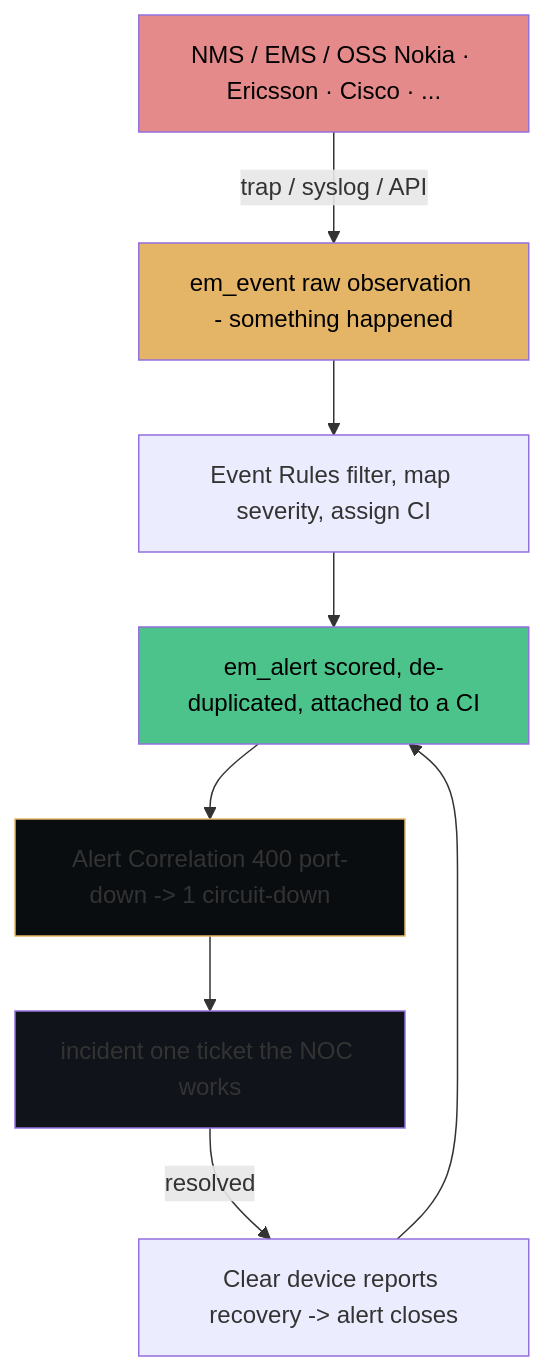
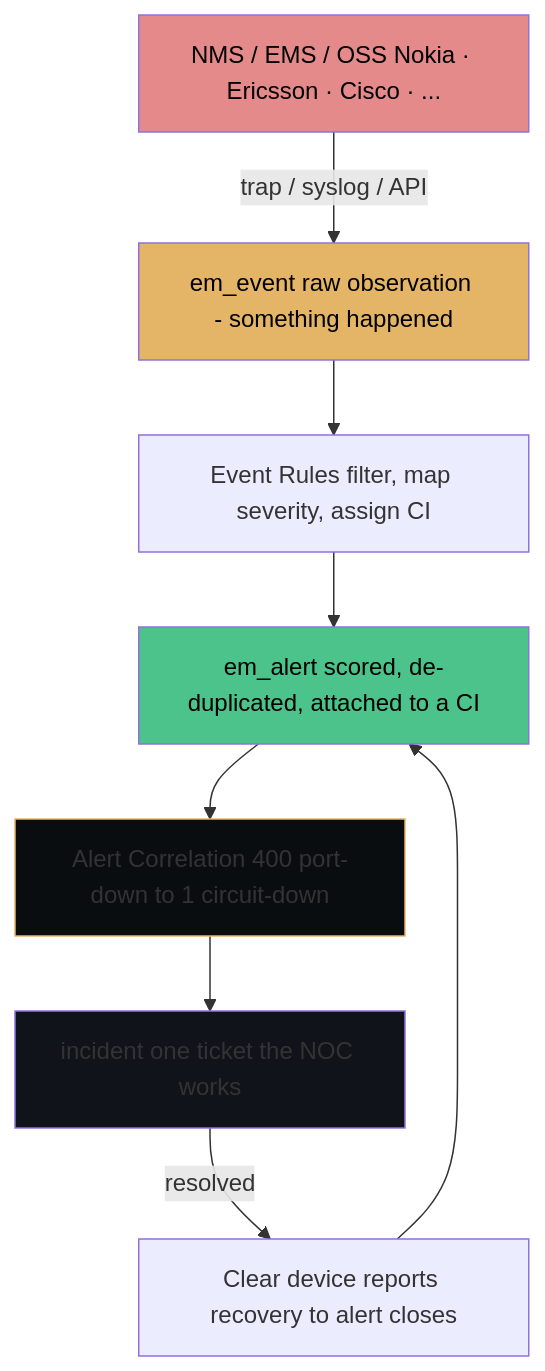
The first of 6 diagrams in docs/modules/tsom/tsom-guide.md (eltonaguiar/ServiceNow_Learning_TSOM-_CSM_FSM_SalesCRM_HAM_ITSM), drawn with Mermaid before and after one commit. The commit also changed other lines of this file and 18 other files, not shown here.

First line of the commit message:
Fix all Mermaid diagram syntax errors across the site

````diff
--- a/docs/modules/tsom/tsom-guide.md
+++ b/docs/modules/tsom/tsom-guide.md
@@ -651,25 +651,25 @@
 ```mermaid
 flowchart TD
-    NMS["NMS / EMS / OSS Nokia · Ericsson · Cisco · ..."]
-    Event["em_event raw observation - something happened"]
-    Rules["Event Rules filter, map severity, assign CI"]
-    Alert["em_alert scored, de-duplicated, attached to a CI"]
-    Corr["Alert Correlation 400 port-down -> 1 circuit-down"]
-    Incident["incident one ticket the NOC works"]
-    Clear["Clear device reports recovery -> alert closes"]
+    NMS[NMS / EMS / OSS Nokia · Ericsson · Cisco · ...]
+    Event[em_event raw observation - something happened]
+    Rules[Event Rules filter, map severity, assign CI]
+    Alert[em_alert scored, de-duplicated, attached to a CI]
+    Corr[Alert Correlation 400 port-down to 1 circuit-down]
+    Incident[incident one ticket the NOC works]
+    Clear[Clear device reports recovery to alert closes]
 
     NMS -->|trap / syslog / API| Event
     Event --> Rules
     Rules --> Alert
     Alert --> Corr
     Corr --> Incident
     Incident -->|resolved| Clear
     Clear --> Alert
 
     style NMS fill:#e58a8a,color:#000
     style Event fill:#e5b567,color:#000
     style Alert fill:#4cc38a,color:#000
     style Corr fill:#0a0d10,stroke:#e5b567
     style Incident fill:#10141a
 
 ```
````
